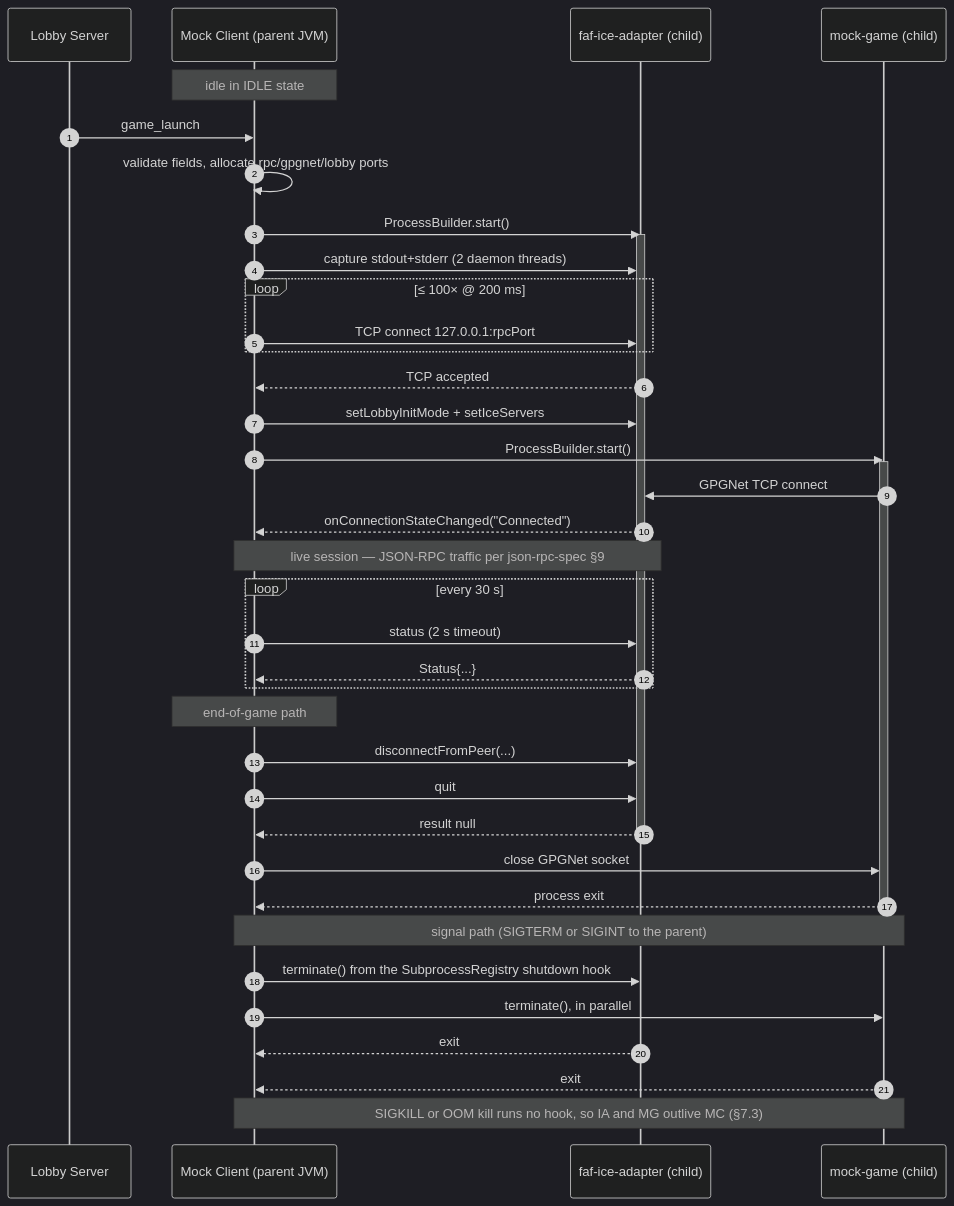
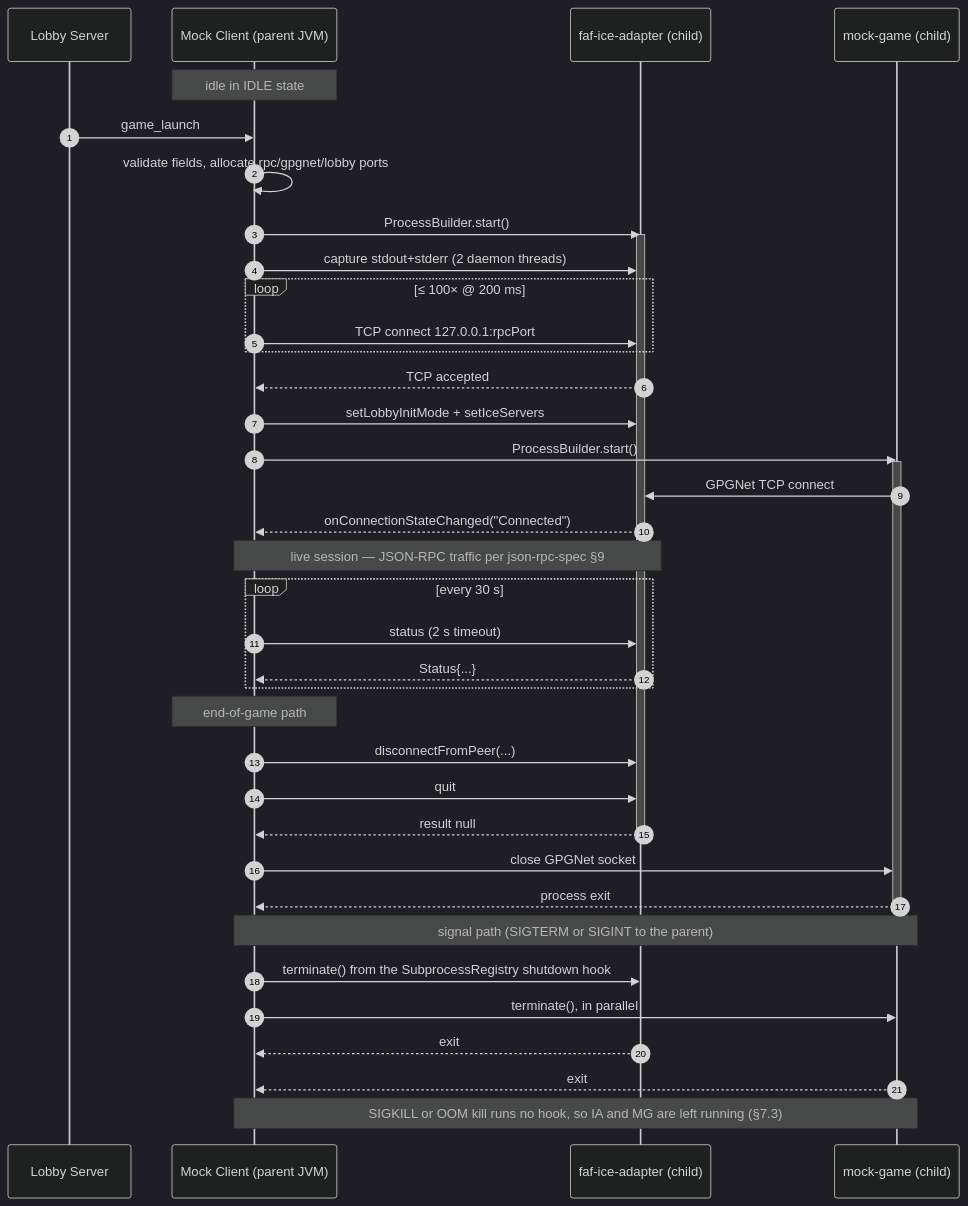
Before and after one commit to md-173/faf-test-harness: the diagram in documentation/research/subprocess-orchestration-spec.md, drawn with Mermaid (dark theme). The commit also changed other lines of this file and 1 other file, not shown here.

Commit message:
docs(research): narrow the SIGKILL claims to what was verified

````diff
--- a/documentation/research/subprocess-orchestration-spec.md
+++ b/documentation/research/subprocess-orchestration-spec.md
@@ -654,47 +661,47 @@
 ```mermaid
 sequenceDiagram
     autonumber
     participant LS as Lobby Server
     participant MC as Mock Client (parent JVM)
     participant IA as faf-ice-adapter (child)
     participant MG as mock-game (child)
 
     Note over MC: idle in IDLE state
     LS->>MC: game_launch
     MC->>MC: validate fields, allocate rpc/gpgnet/lobby ports
     MC->>IA: ProcessBuilder.start()
     activate IA
     MC->>IA: capture stdout+stderr (2 daemon threads)
     loop ≤ 100× @ 200 ms
         MC->>IA: TCP connect 127.0.0.1:rpcPort
     end
     IA-->>MC: TCP accepted
     MC->>IA: setLobbyInitMode + setIceServers
     MC->>MG: ProcessBuilder.start()
     activate MG
     MG->>IA: GPGNet TCP connect
     IA-->>MC: onConnectionStateChanged("Connected")
 
     Note over MC,IA: live session — JSON-RPC traffic per json-rpc-spec §9
 
     loop every 30 s
         MC->>IA: status (2 s timeout)
         IA-->>MC: Status{...}
     end
 
     Note over MC: end-of-game path
     MC->>IA: disconnectFromPeer(...)
     MC->>IA: quit
     IA-->>MC: result null
     deactivate IA
     MC->>MG: close GPGNet socket
     MG-->>MC: process exit
     deactivate MG
 
     Note over MC,MG: signal path (SIGTERM or SIGINT to the parent)
     MC->>IA: terminate() from the SubprocessRegistry shutdown hook
     MC->>MG: terminate(), in parallel
     IA-->>MC: exit
     MG-->>MC: exit
-    Note over MC,MG: SIGKILL or OOM kill runs no hook, so IA and MG outlive MC (§7.3)
+    Note over MC,MG: SIGKILL or OOM kill runs no hook, so IA and MG are left running (§7.3)
 ```
````
